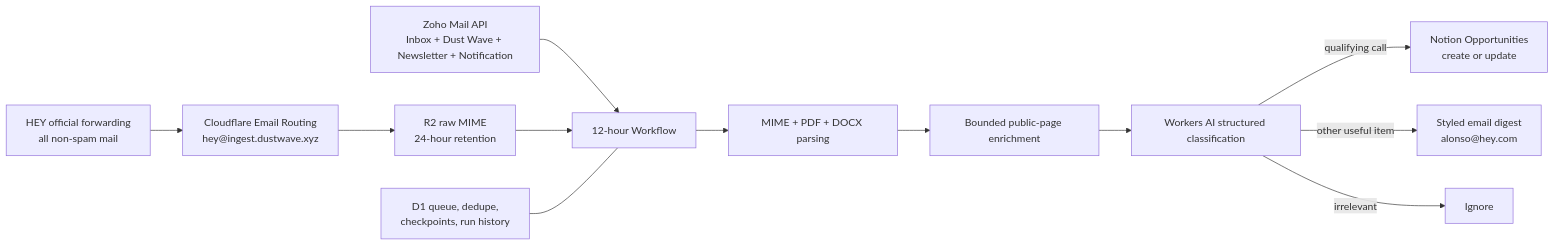
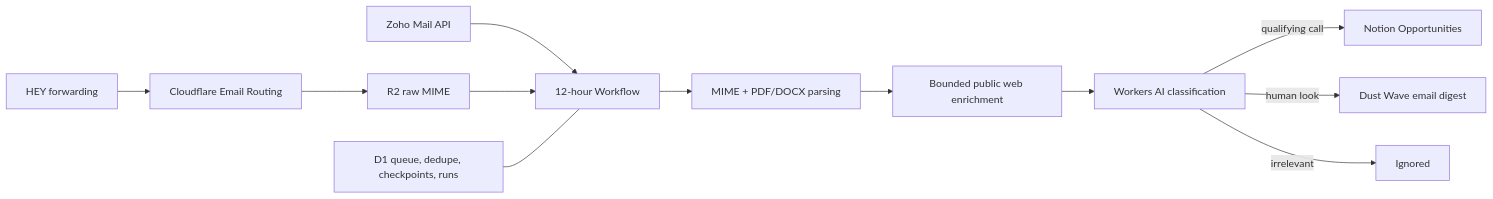
The diagram in README.md (aindaco1/dust-wave-opportunity-radar), drawn with Mermaid before and after one commit. The commit also changed other lines of this file and 34 other files, not shown here.

````diff
--- a/README.md
+++ b/README.md
@@ -9,14 +18,14 @@
 ```mermaid
 flowchart LR
-  HEY["HEY official forwarding<br/>all non-spam mail"] --> ER["Cloudflare Email Routing<br/>hey@ingest.dustwave.xyz"]
-  Zoho["Zoho Mail API<br/>Inbox + Dust Wave + Newsletter + Notification"] --> WF["12-hour Workflow"]
-  ER --> R2["R2 raw MIME<br/>24-hour retention"]
-  R2 --> WF
-  WF --> Parse["MIME + PDF + DOCX parsing"]
-  Parse --> Web["Bounded public-page enrichment"]
-  Web --> AI["Workers AI structured classification"]
-  AI -->|"qualifying call"| Notion["Notion Opportunities<br/>create or update"]
-  AI -->|"other useful item"| Digest["Styled email digest<br/>alonso@hey.com"]
-  AI -->|"irrelevant"| Ignore["Ignore"]
-  D1["D1 queue, dedupe,<br/>checkpoints, run history"] --- WF
+  HEY["HEY forwarding"] --> Email["Cloudflare Email Routing"]
+  Zoho["Zoho Mail API"] --> Workflow["12-hour Workflow"]
+  Email --> R2["R2 raw MIME"]
+  R2 --> Workflow
+  Workflow --> Parse["MIME + PDF/DOCX parsing"]
+  Parse --> Web["Bounded public web enrichment"]
+  Web --> AI["Workers AI classification"]
+  AI -->|"qualifying call"| Notion["Notion Opportunities"]
+  AI -->|"human look"| Digest["Dust Wave email digest"]
+  AI -->|"irrelevant"| Ignore["Ignored"]
+  D1["D1 queue, dedupe, checkpoints, runs"] --- Workflow
 ```
````
